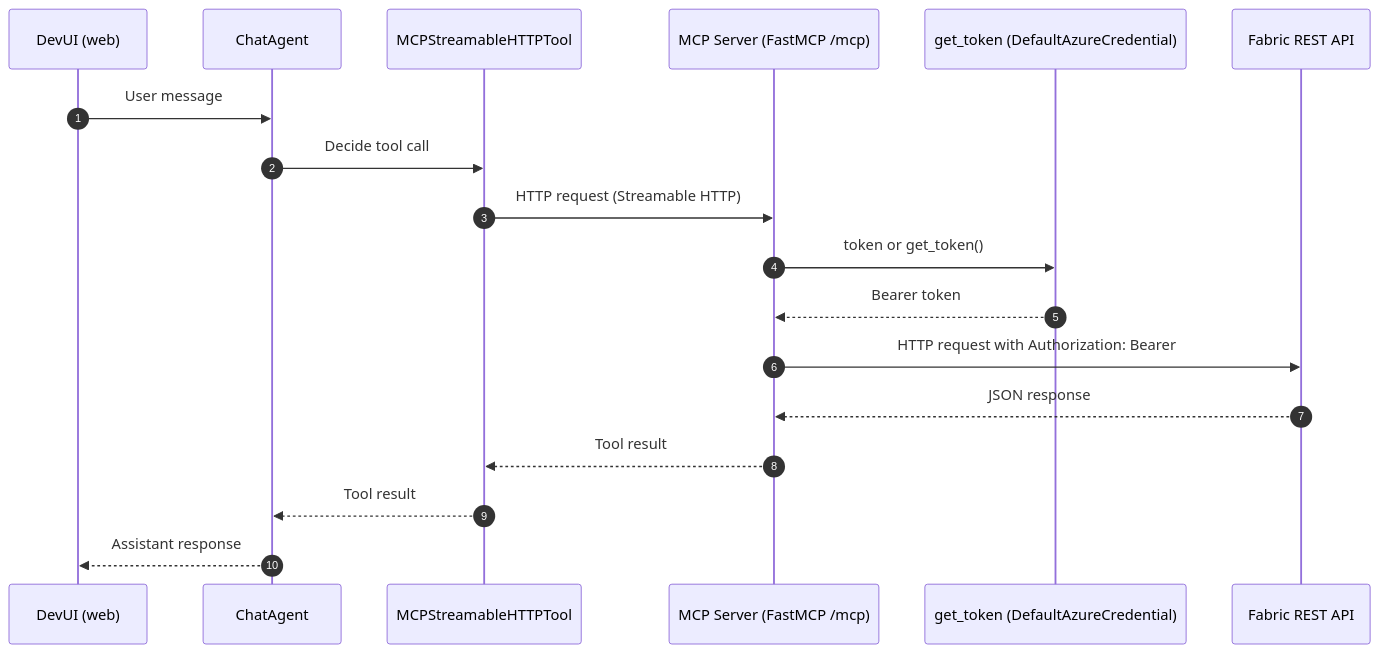
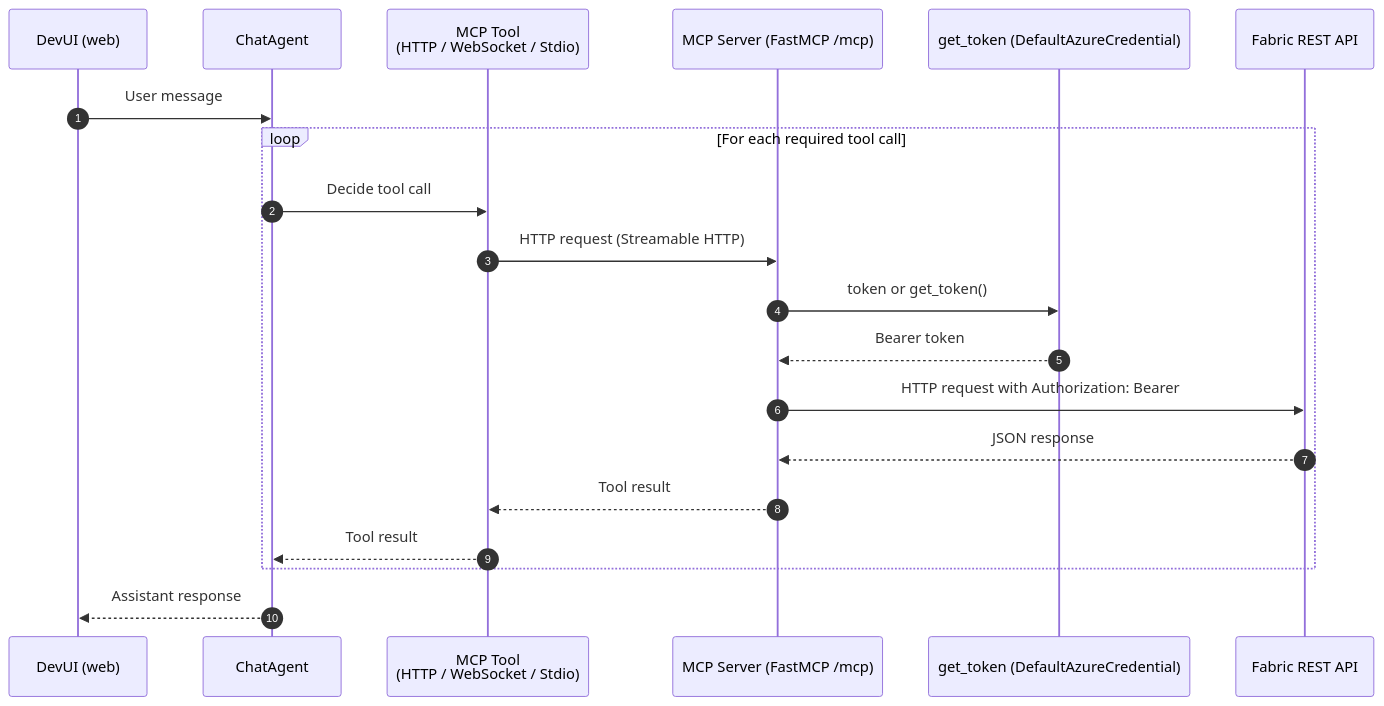
The first of 2 diagrams in docs/devui-dataflow.md (Vijisoms/Fabric_DE_Agent), drawn with Mermaid before and after one commit. The commit also changed other lines of this file and 5 other files, not shown here.

Commit message:
feat: update MCP server URL references to FABRIC_DE_MCP_SERVER_URL across documentation and code

````diff
--- a/docs/devui-dataflow.md
+++ b/docs/devui-dataflow.md
@@ -21,21 +21,23 @@
 ```mermaid
 sequenceDiagram
   autonumber
   participant UI as DevUI (web)
   participant Agent as ChatAgent
-  participant Tool as MCPStreamableHTTPTool
+  participant Tool as MCP Tool<br/>(HTTP / WebSocket / Stdio)
   participant MCP as MCP Server (FastMCP /mcp)
   participant Auth as get_token (DefaultAzureCredential)
   participant Fabric as Fabric REST API
 
   UI->>Agent: User message
-  Agent->>Tool: Decide tool call
-  Tool->>MCP: HTTP request (Streamable HTTP)
-  MCP->>Auth: token or get_token()
-  Auth-->>MCP: Bearer token
-  MCP->>Fabric: HTTP request with Authorization: Bearer
-  Fabric-->>MCP: JSON response
-  MCP-->>Tool: Tool result
-  Tool-->>Agent: Tool result
+  loop For each required tool call
+    Agent->>Tool: Decide tool call
+    Tool->>MCP: HTTP request (Streamable HTTP)
+    MCP->>Auth: token or get_token()
+    Auth-->>MCP: Bearer token
+    MCP->>Fabric: HTTP request with Authorization: Bearer
+    Fabric-->>MCP: JSON response
+    MCP-->>Tool: Tool result
+    Tool-->>Agent: Tool result
+  end
   Agent-->>UI: Assistant response
 ```
````
